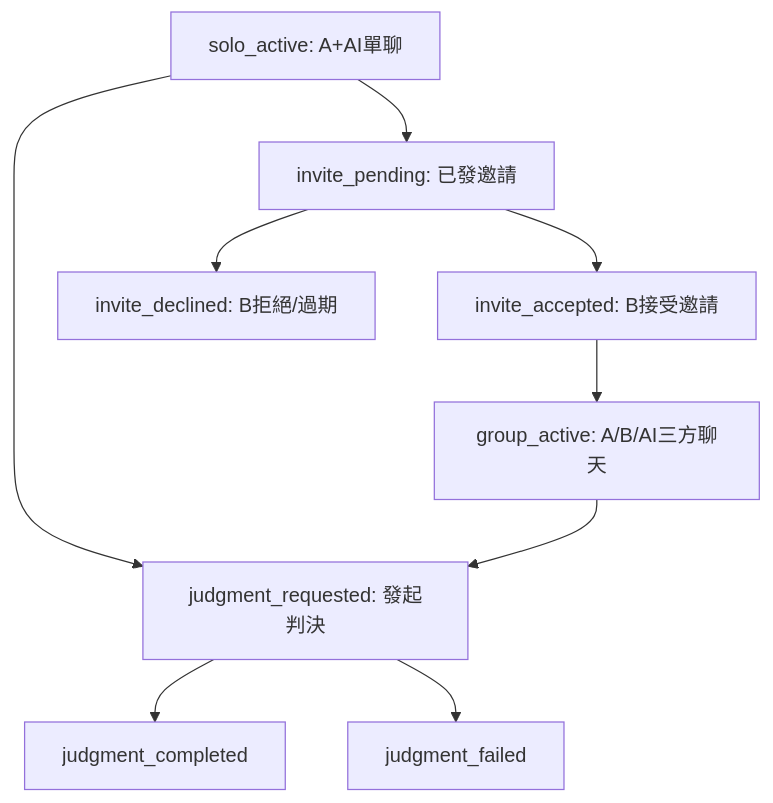
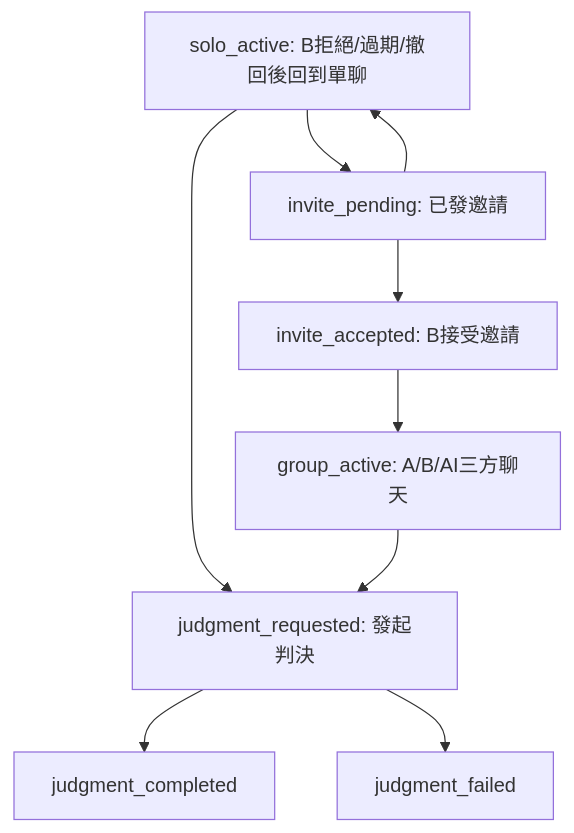
One commit to Alex0158/emorapy changed the diagram in docs/單聊轉群聊再判決-v1設計方案.md. Above: the diagram before and after it, drawn with Mermaid. The commit also changed other lines of this file and 147 other files, not shown here.

````diff
--- a/docs/單聊轉群聊再判決-v1設計方案.md
+++ b/docs/單聊轉群聊再判決-v1設計方案.md
@@ -30,11 +32,11 @@
 ```mermaid
 flowchart TD
     solo_active["solo_active: A+AI單聊"] --> invite_pending["invite_pending: 已發邀請"]
     invite_pending --> invite_accepted["invite_accepted: B接受邀請"]
-    invite_pending --> invite_declined["invite_declined: B拒絕/過期"]
+    invite_pending --> solo_active["solo_active: B拒絕/過期/撤回後回到單聊"]
     invite_accepted --> group_active["group_active: A/B/AI三方聊天"]
     solo_active --> judgment_requested["judgment_requested: 發起判決"]
     group_active --> judgment_requested
     judgment_requested --> judgment_completed["judgment_completed"]
     judgment_requested --> judgment_failed["judgment_failed"]
 ```
````
